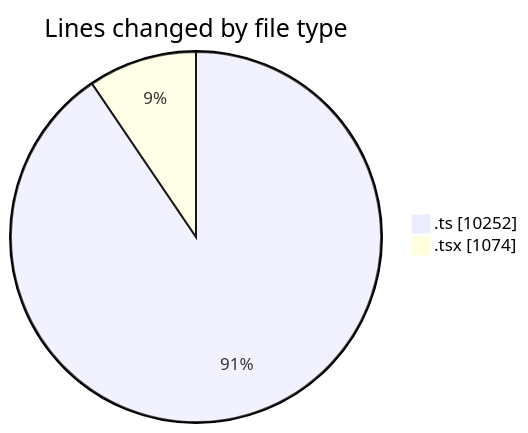
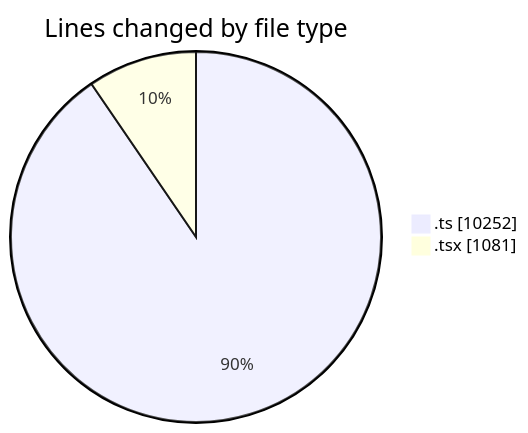
Before and after one commit to momahboobian/code-tracking: the first of 2 diagrams in 2025-06-23/cda/README.md, drawn with Mermaid. The commit also changed other lines of this file and 1 other file, not shown here.

````diff
--- a/2025-06-23/cda/README.md
+++ b/2025-06-23/cda/README.md
@@ -26,6 +26,6 @@
 ```mermaid
 pie showData
 title Lines changed by file type
 ".ts" : 10252
-".tsx" : 1074
+".tsx" : 1081
 ```
````
